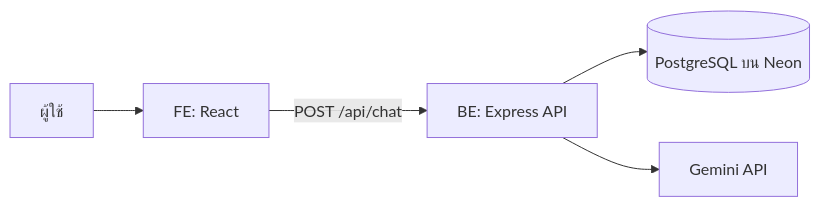
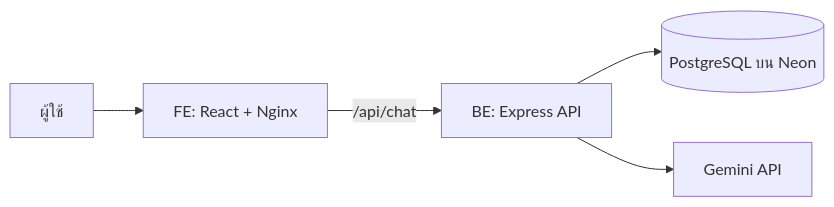
The first of 2 diagrams in README.md (Sprites-X/chat-ai-portfolio), drawn with Mermaid before and after one commit. The commit also changed other lines of this file, not shown here.

````diff
--- a/README.md
+++ b/README.md
@@ -45,7 +45,7 @@
 ```mermaid
 flowchart LR
-  U[ผู้ใช้] --> FE[FE: React]
-  FE -->|POST /api/chat| BE[BE: Express API]
+  U[ผู้ใช้] --> FE[FE: React + Nginx]
+  FE -->|/api/chat| BE[BE: Express API]
   BE --> DB[(PostgreSQL บน Neon)]
   BE --> AI[Gemini API]
 ```
````
